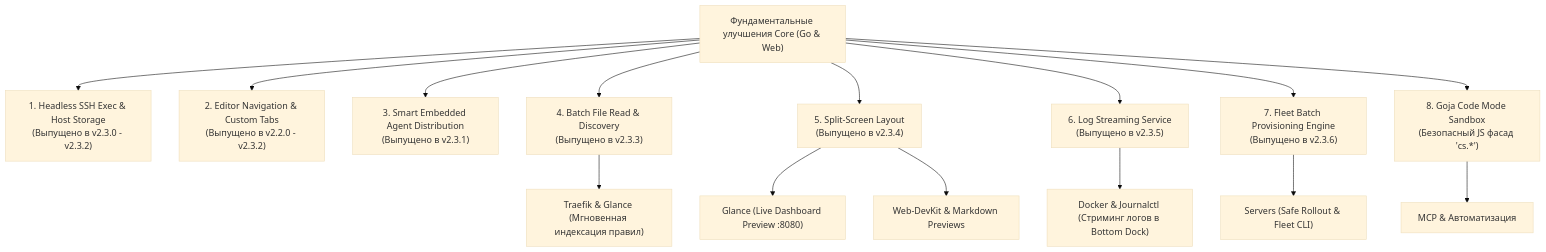
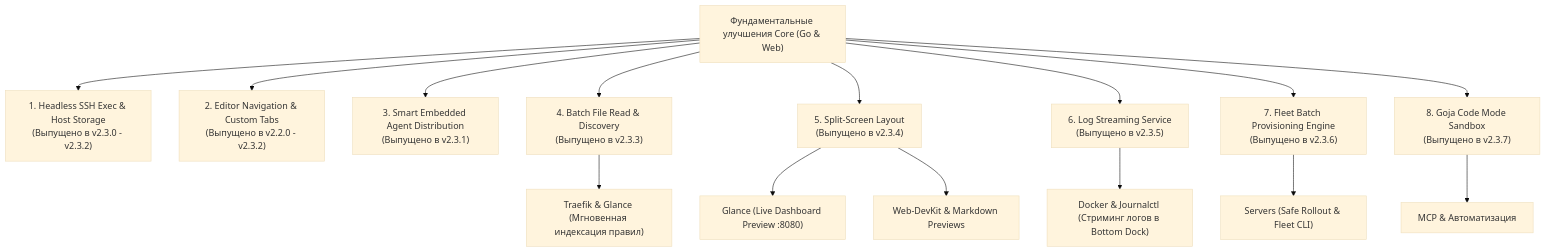
Before and after one commit to config-studio/config-studio: the diagram in ROADMAP.md, drawn with Mermaid (base theme). The commit also changed other lines of this file and 7 other files, not shown here.

Commit message:
feat(core): implement Goja Code Mode Sandbox (v2.3.7) with secure cs.* facade

````diff
--- a/ROADMAP.md
+++ b/ROADMAP.md
@@ -38,29 +39,29 @@
 ```mermaid
 graph TD
     Core["Фундаментальные улучшения Core (Go & Web)"]
     
     C1["1. Headless SSH Exec & Host Storage<br/>(Выпущено в v2.3.0 - v2.3.2)"]
     C2["2. Editor Navigation & Custom Tabs<br/>(Выпущено в v2.2.0 - v2.3.2)"]
     C3["3. Smart Embedded Agent Distribution<br/>(Выпущено в v2.3.1)"]
     C4["4. Batch File Read & Discovery<br/>(Выпущено в v2.3.3)"]
     C5["5. Split-Screen Layout<br/>(Выпущено в v2.3.4)"]
     C6["6. Log Streaming Service<br/>(Выпущено в v2.3.5)"]
     C7["7. Fleet Batch Provisioning Engine<br/>(Выпущено в v2.3.6)"]
-    C8["8. Goja Code Mode Sandbox<br/>(Безопасный JS фасад 'cs.*')"]
+    C8["8. Goja Code Mode Sandbox<br/>(Выпущено в v2.3.7)"]
     
     Core --> C1
     Core --> C2
     Core --> C3
     Core --> C4
     Core --> C5
     Core --> C6
     Core --> C7
     Core --> C8
     
     C4 --> P1["Traefik & Glance (Мгновенная индексация правил)"]
     C5 --> P2["Glance (Live Dashboard Preview :8080)"]
     C5 --> P3["Web-DevKit & Markdown Previews"]
     C6 --> P4["Docker & Journalctl (Стриминг логов в Bottom Dock)"]
     C7 --> P5["Servers (Safe Rollout & Fleet CLI)"]
     C8 --> P6["MCP & Автоматизация"]
 ```
````
